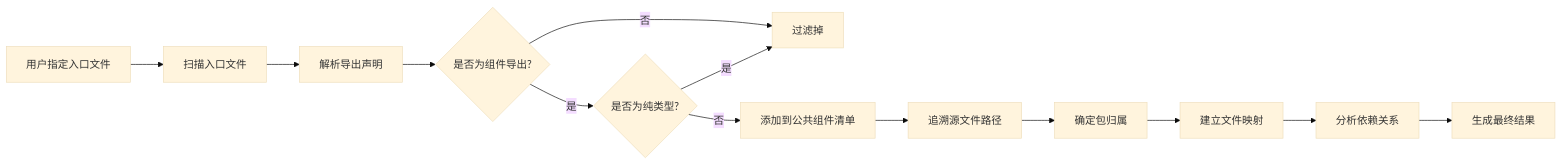
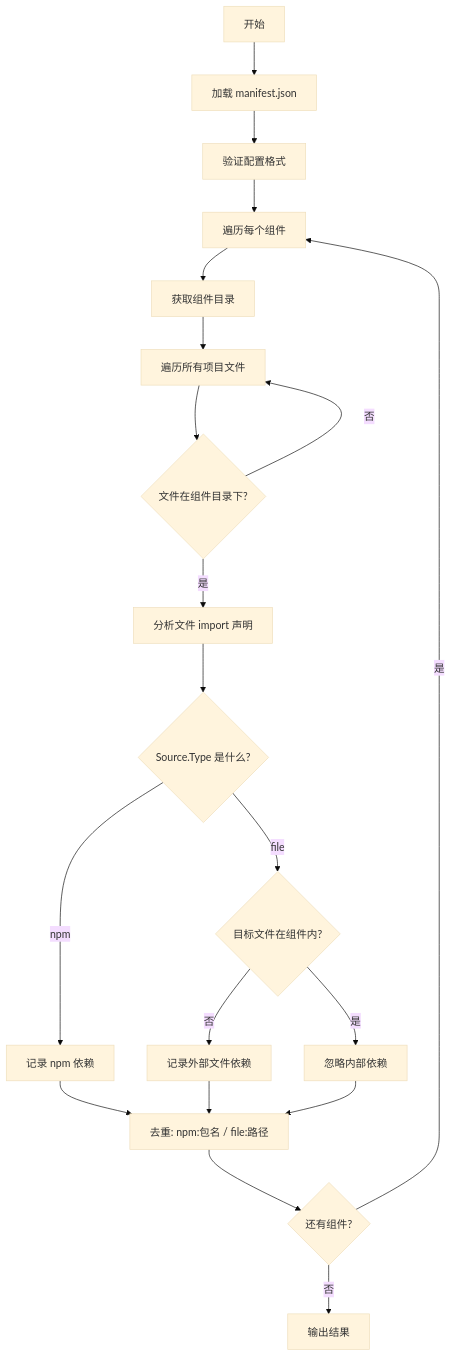
Before and after one commit to Flying-Bird1999/analyzer-ts: the diagram in analyzer_plugin/project_analyzer/component_deps/README.md, drawn with Mermaid (base theme). The commit also changed other lines of this file and 29 other files, not shown here.

````diff
--- a/analyzer_plugin/project_analyzer/component_deps/README.md
+++ b/analyzer_plugin/project_analyzer/component_deps/README.md
@@ -31,15 +61,22 @@
 ```mermaid
-graph LR
-    A[用户指定入口文件] --> B[扫描入口文件]
-    B --> C[解析导出声明]
-    C --> D{是否为组件导出?}
-    D -->|否| E[过滤掉]
-    D -->|是| F{是否为纯类型?}
-    F -->|是| E
-    F -->|否| G[添加到公共组件清单]
-    G --> H[追溯源文件路径]
-    H --> I[确定包归属]
-    I --> J[建立文件映射]
-    J --> K[分析依赖关系]
-    K --> L[生成最终结果]
+flowchart TD
+    A[开始] --> B[加载 manifest.json]
+    B --> C[验证配置格式]
+    C --> D[遍历每个组件]
+    D --> E[获取组件目录]
+    E --> F[遍历所有项目文件]
+    F --> G{文件在组件目录下?}
+    G -->|否| F
+    G -->|是| H[分析文件 import 声明]
+    H --> I{Source.Type 是什么?}
+    I -->|npm| J[记录 npm 依赖]
+    I -->|file| K{目标文件在组件内?}
+    K -->|是| L[忽略内部依赖]
+    K -->|否| M[记录外部文件依赖]
+    J --> N[去重: npm:包名 / file:路径]
+    M --> N
+    L --> N
+    N --> O{还有组件?}
+    O -->|是| D
+    O -->|否| P[输出结果]
 ```
````
